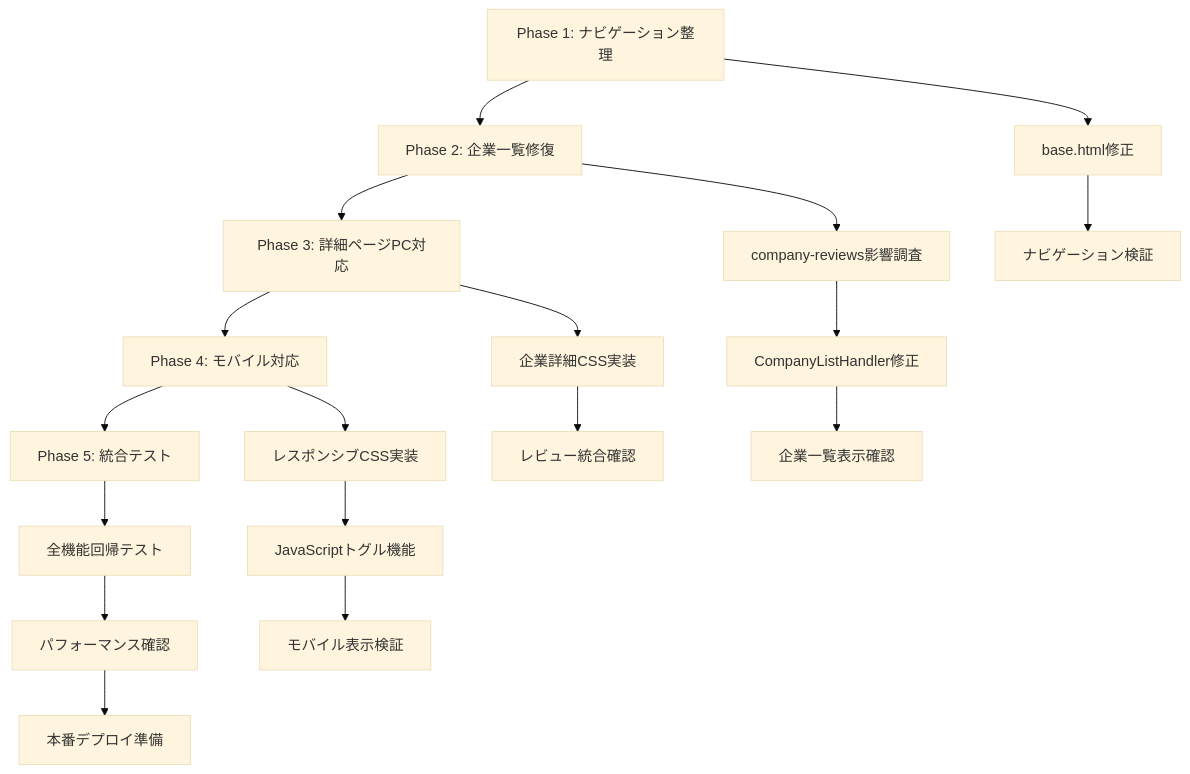
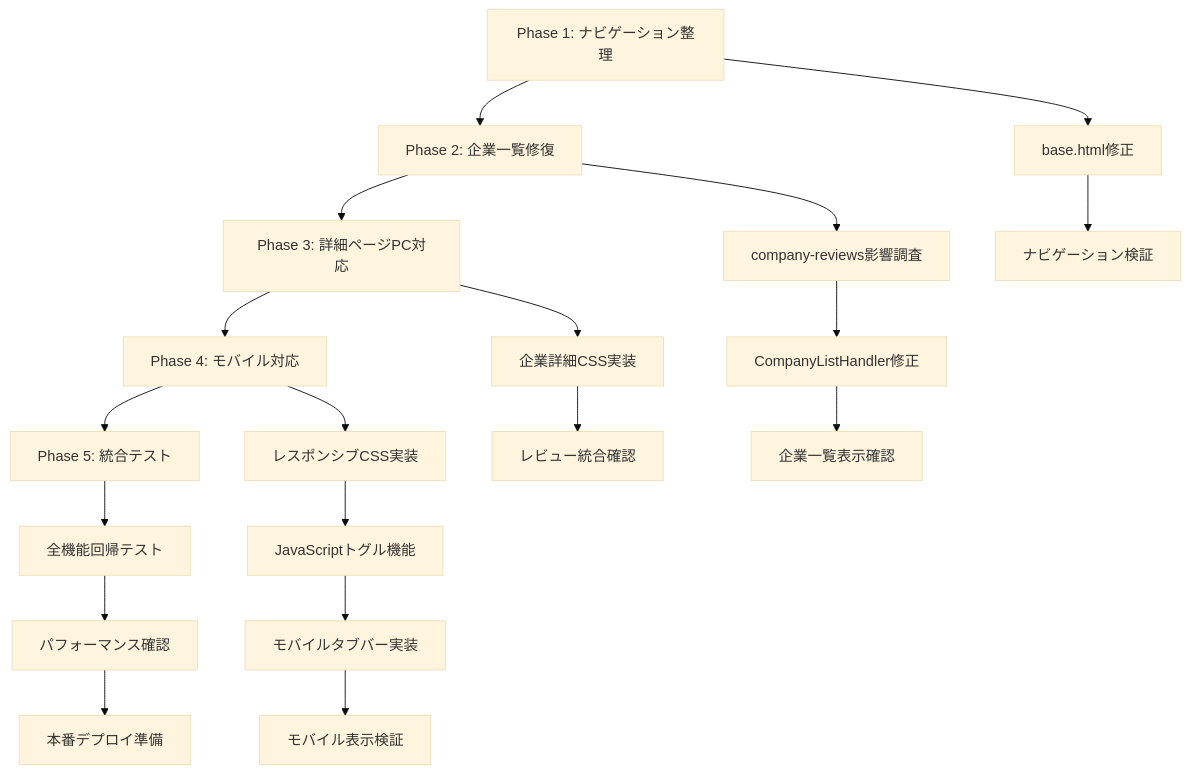
The second of 2 diagrams in .kiro/specs/ui-navigation-redesign/design.md (jun-JUNJUN/dxeeworld), drawn with Mermaid (base theme) before and after one commit. The commit also changed other lines of this file and 7 other files, not shown here.

````diff
--- a/.kiro/specs/ui-navigation-redesign/design.md
+++ b/.kiro/specs/ui-navigation-redesign/design.md
@@ -458,25 +548,26 @@
 ```mermaid
 graph TB
     A[Phase 1: ナビゲーション整理] --> B[Phase 2: 企業一覧修復]
     B --> C[Phase 3: 詳細ページPC対応]
     C --> D[Phase 4: モバイル対応]
     D --> E[Phase 5: 統合テスト]
 
     A --> A1[base.html修正]
     A1 --> A2[ナビゲーション検証]
 
     B --> B1[company-reviews影響調査]
     B1 --> B2[CompanyListHandler修正]
     B2 --> B3[企業一覧表示確認]
 
     C --> C1[企業詳細CSS実装]
     C1 --> C2[レビュー統合確認]
 
     D --> D1[レスポンシブCSS実装]
     D1 --> D2[JavaScriptトグル機能]
-    D2 --> D3[モバイル表示検証]
+    D2 --> D3[モバイルタブバー実装]
+    D3 --> D4[モバイル表示検証]
 
     E --> E1[全機能回帰テスト]
     E1 --> E2[パフォーマンス確認]
     E2 --> E3[本番デプロイ準備]
 ```
````
